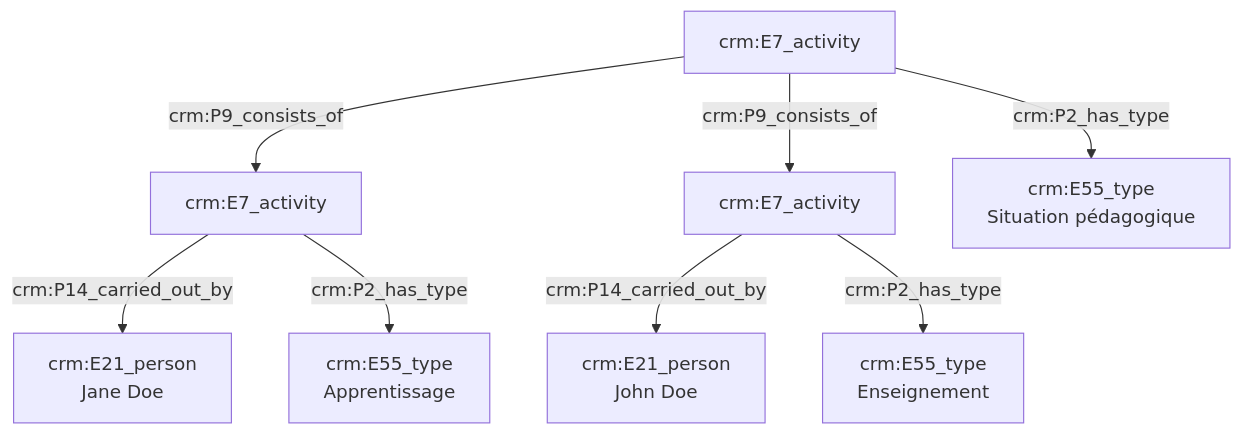
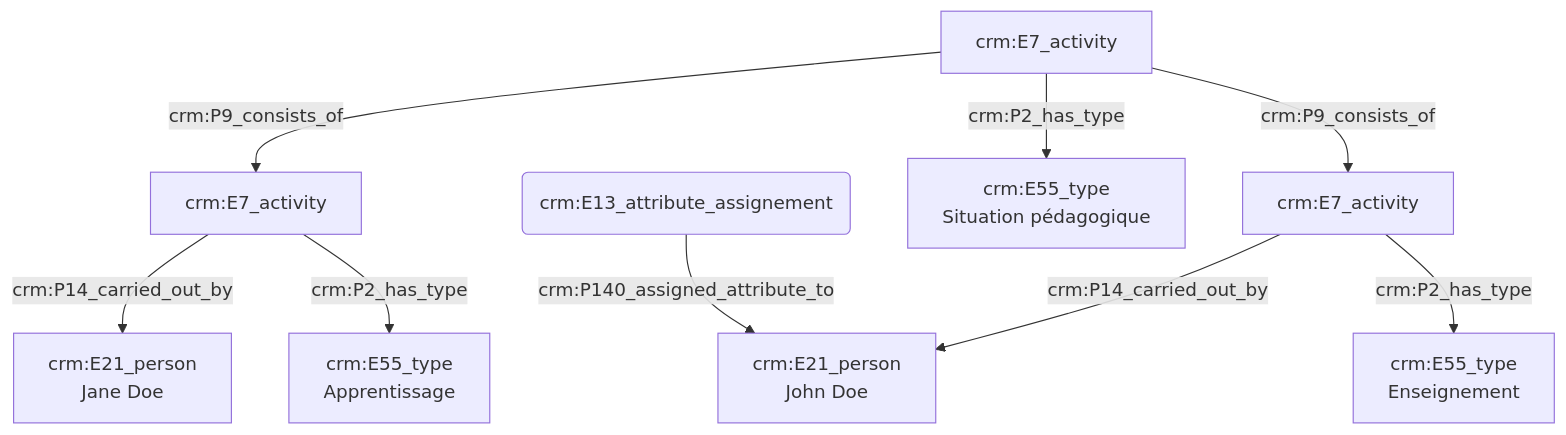
One commit to Amleth/consortium-musica2-gt2-ontologies changed the diagram in modules/livrables/Dossier 2/Prosopographie/relation de maître à élève.md. Above: the diagram before and after it, drawn with Mermaid.

Commit message:
Update relation de maître à élève.md

````diff
--- a/modules/livrables/Dossier 2/Prosopographie/relation de maître à élève.md
+++ b/modules/livrables/Dossier 2/Prosopographie/relation de maître à élève.md
@@ -17,16 +17,16 @@
 ```mermaid
 graph TD;
 
 F[crm:E7_activity] --> |crm:P9_consists_of| D[crm:E7_activity]
 F[crm:E7_activity] --> |crm:P9_consists_of| A[crm:E7_activity]
 F[crm:E7_activity] --> |crm:P2_has_type| H[crm:E55_type<br>Situation pédagogique]
 
 A[crm:E7_Activity] --> |crm:P14_carried_out_by| B[crm:E21_person<br>John Doe]
 A[crm:E7_activity] --> |crm:P2_has_type| C[crm:E55_type<br>Enseignement]
 
 D[crm:E7_Activity] --> |crm:P14_carried_out_by| E[crm:E21_person<br>Jane Doe]
 D[crm:E7_activity] --> |crm:P2_has_type| G[crm:E55_type<br>Apprentissage]
 
-
+I(crm:E13_attribute_assignement) --> |crm:P140_assigned_attribute_to| B[crm:E21_person<br>John Doe]
 
 ```
````
